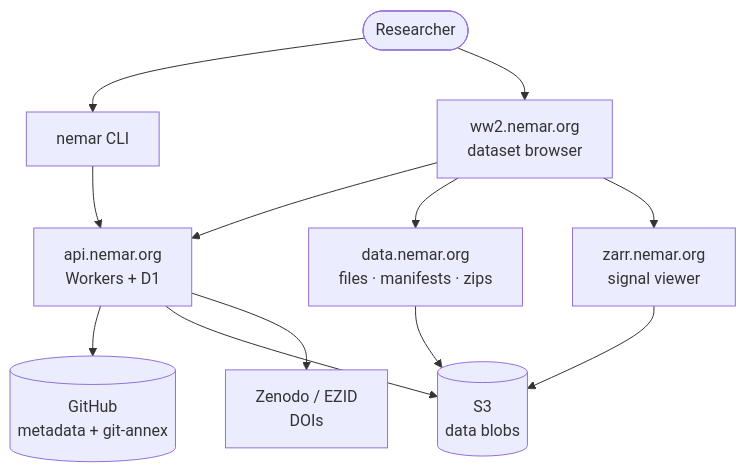
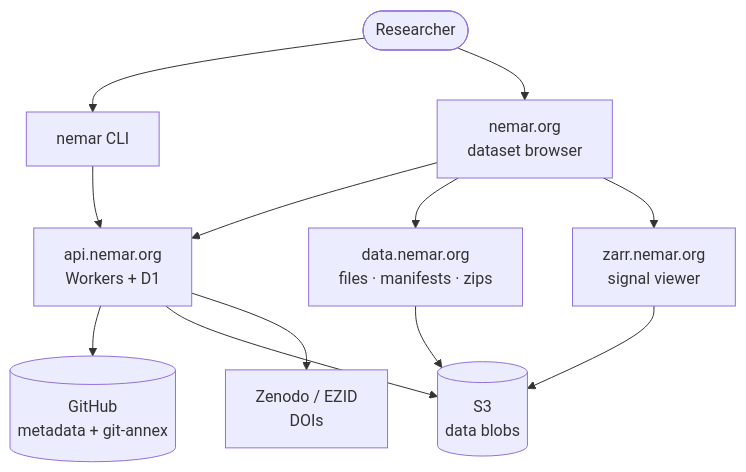
The first of 2 diagrams in src/content/docs/ecosystem/index.md (nemarOrg/docs), drawn with Mermaid before and after one commit. The commit also changed other lines of this file and 1 other file, not shown here.

````diff
--- a/src/content/docs/ecosystem/index.md
+++ b/src/content/docs/ecosystem/index.md
@@ -12,24 +12,24 @@
 ```mermaid
 flowchart TB
   User([Researcher])
   CLI["nemar CLI"]
-  Web["ww2.nemar.org<br/>dataset browser"]
+  Web["nemar.org<br/>dataset browser"]
   API["api.nemar.org<br/>Workers + D1"]
   Data["data.nemar.org<br/>files · manifests · zips"]
   Zarr["zarr.nemar.org<br/>signal viewer"]
   GH[("GitHub<br/>metadata + git-annex")]
   S3[("S3<br/>data blobs")]
   DOI["Zenodo / EZID<br/>DOIs"]
 
   User --> CLI
   User --> Web
   CLI --> API
   Web --> API
   Web --> Data
   Web --> Zarr
   API --> GH
   API --> S3
   API --> DOI
   Data --> S3
   Zarr --> S3
 ```
````
